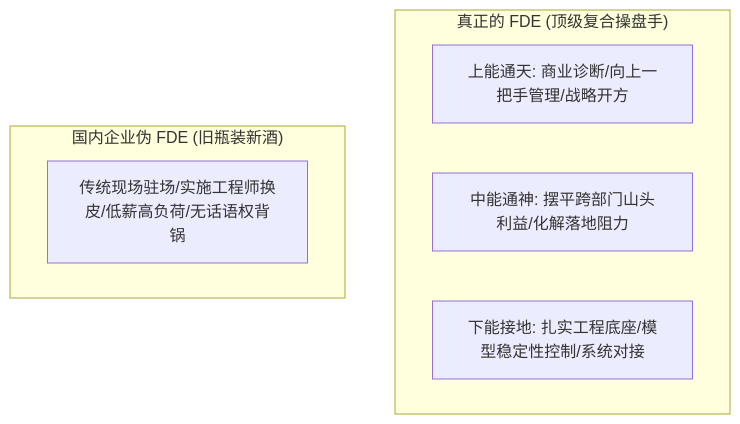
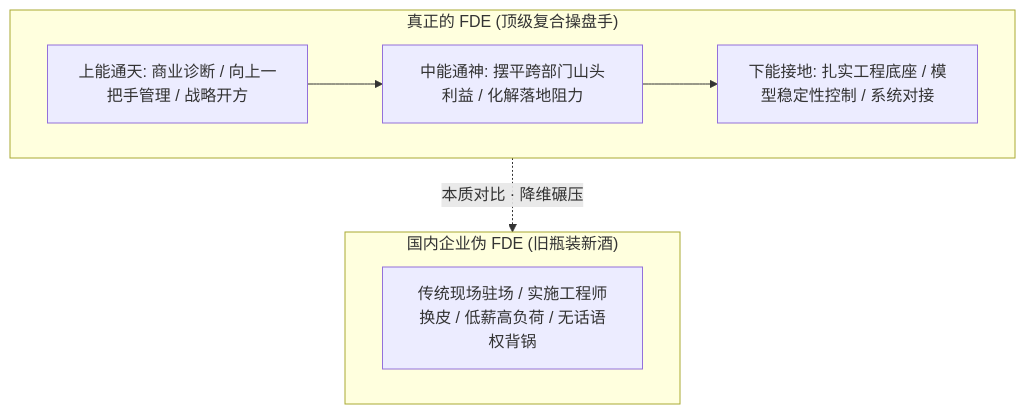
One commit to dollarser/knowledge changed the third of 4 diagrams in content/live-20260922-laozeng-01.md. Above: the diagram before and after it, drawn with Mermaid. The commit also changed other lines of this file and 10 other files, not shown here.

Commit message:
style: verticalize all mermaid diagrams and add mindmap architecture

````diff
--- a/content/live-20260922-laozeng-01.md
+++ b/content/live-20260922-laozeng-01.md
@@ -87,11 +87,13 @@
 ```mermaid
 flowchart TD
     subgraph RealFDE["真正的 FDE (顶级复合操盘手)"]
-        Top["上能通天: 商业诊断/向上一把手管理/战略开方"]
-        Mid["中能通神: 摆平跨部门山头利益/化解落地阻力"]
-        Bottom["下能接地: 扎实工程底座/模型稳定性控制/系统对接"]
+        Top["上能通天: 商业诊断 / 向上一把手管理 / 战略开方"]
+        Mid["中能通神: 摆平跨部门山头利益 / 化解落地阻力"]
+        Bottom["下能接地: 扎实工程底座 / 模型稳定性控制 / 系统对接"]
+        Top --> Mid --> Bottom
     end
     subgraph FakeFDE["国内企业伪 FDE (旧瓶装新酒)"]
-        Old["传统现场驻场/实施工程师换皮/低薪高负荷/无话语权背锅"]
+        Old["传统现场驻场 / 实施工程师换皮 / 低薪高负荷 / 无话语权背锅"]
     end
+    RealFDE -.->|本质对比 · 降维碾压| FakeFDE
 ```
````
